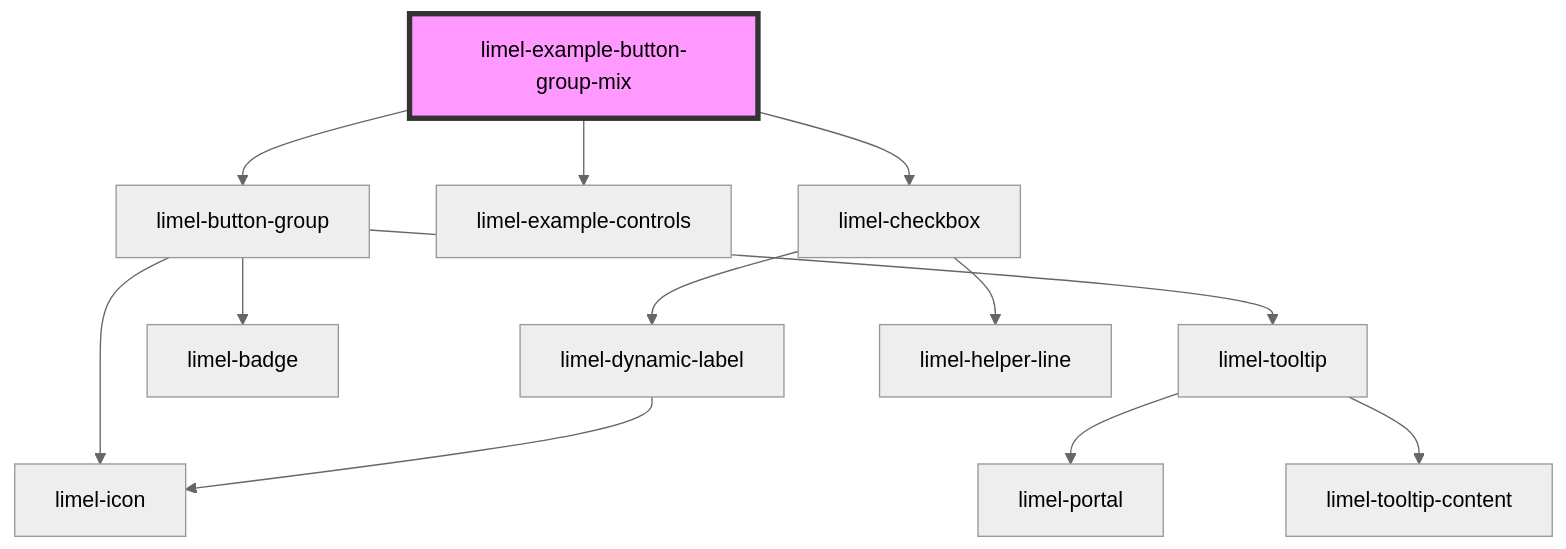
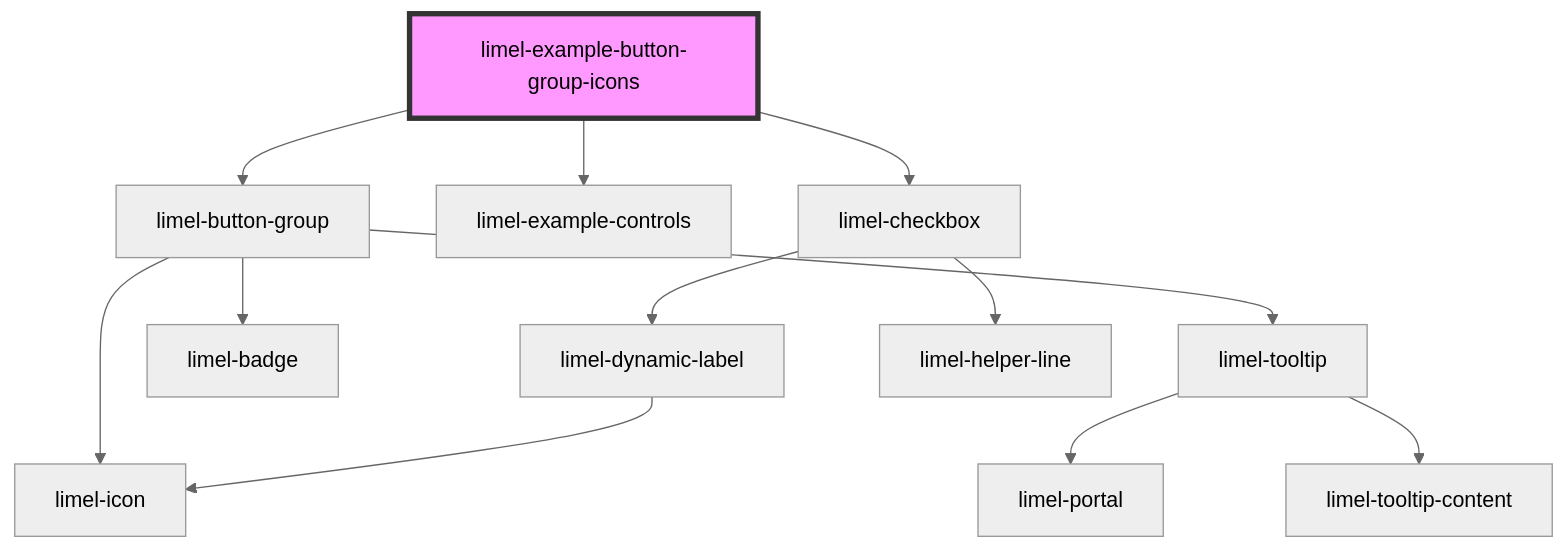
One commit to Lundalogik/lime-elements changed the diagram in versions/PR-3655/markdown-docs/components/button-group/examples/readme.md. Above: the diagram before and after it, drawn with Mermaid (neutral theme). The commit also changed other lines of this file and 3 other files, not shown here.

````diff
--- a/versions/PR-3655/markdown-docs/components/button-group/examples/readme.md
+++ b/versions/PR-3655/markdown-docs/components/button-group/examples/readme.md
@@ -25,15 +31,15 @@
 ```mermaid
 graph TD;
-  limel-example-button-group-mix --> limel-button-group
-  limel-example-button-group-mix --> limel-example-controls
-  limel-example-button-group-mix --> limel-checkbox
+  limel-example-button-group-icons --> limel-button-group
+  limel-example-button-group-icons --> limel-example-controls
+  limel-example-button-group-icons --> limel-checkbox
   limel-button-group --> limel-icon
   limel-button-group --> limel-tooltip
   limel-button-group --> limel-badge
   limel-tooltip --> limel-portal
   limel-tooltip --> limel-tooltip-content
   limel-checkbox --> limel-dynamic-label
   limel-checkbox --> limel-helper-line
   limel-dynamic-label --> limel-icon
-  style limel-example-button-group-mix fill:#f9f,stroke:#333,stroke-width:4px
+  style limel-example-button-group-icons fill:#f9f,stroke:#333,stroke-width:4px
 ```
````
